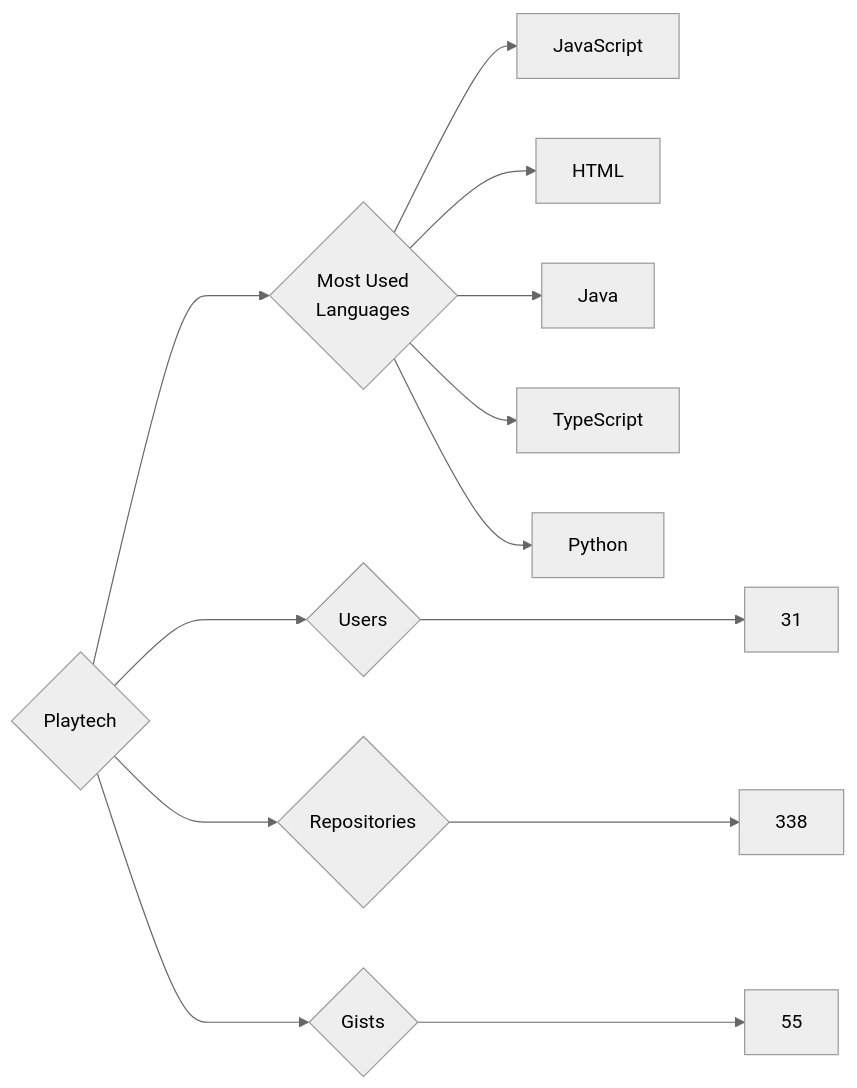
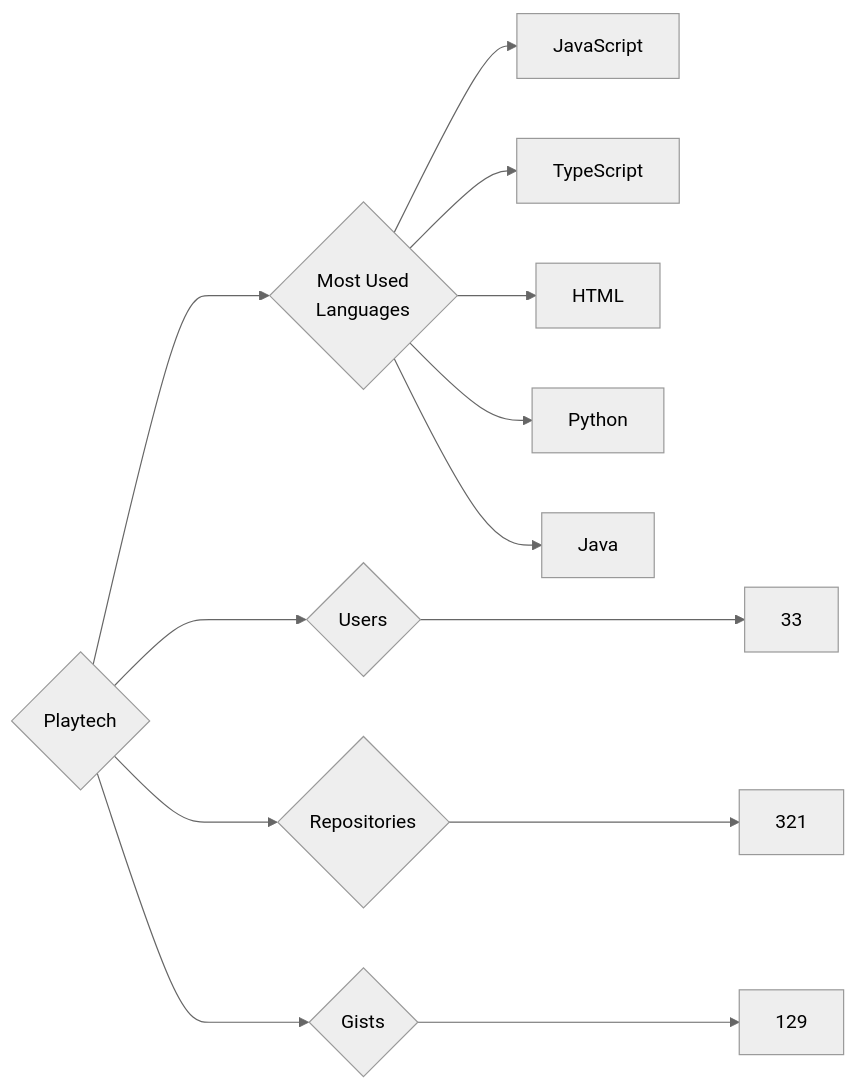
One commit to trickest/insiders changed the diagram in targets/Playtech/README.md. Above: the diagram before and after it, drawn with Mermaid (neutral theme). The commit also changed 965 other files, not shown here.

````diff
--- a/targets/Playtech/README.md
+++ b/targets/Playtech/README.md
@@ -3,13 +3,13 @@
 ```mermaid
 graph LR
 COMPANY_NAME{Playtech}
-COMPANY_NAME ---> U{Users} ---> UN[31]
-COMPANY_NAME ---> R{Repositories} ---> RN[338]
-COMPANY_NAME ---> G{Gists} ---> GN[55]
+COMPANY_NAME ---> U{Users} ---> UN[33]
+COMPANY_NAME ---> R{Repositories} ---> RN[321]
+COMPANY_NAME ---> G{Gists} ---> GN[129]
 COMPANY_NAME ---> ML{Most Used<br>Languages}
 ML --> JavaScript[JavaScript]
+ML --> TypeScript[TypeScript]
 ML --> HTML[HTML]
+ML --> Python[Python]
 ML --> Java[Java]
-ML --> TypeScript[TypeScript]
-ML --> Python[Python]
 ```
````
